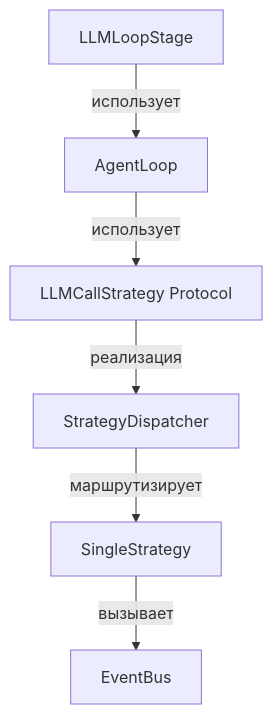
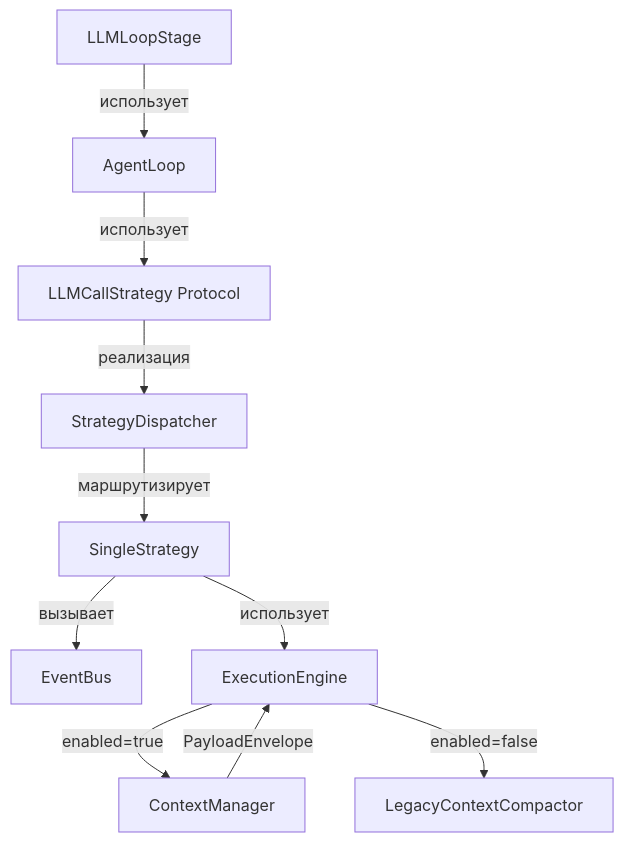
The second of 5 diagrams in README.md (pese-git/codelab-agent), drawn with Mermaid before and after one commit. The commit also changed 2 other files, not shown here.

Commit message:
docs(architecture): обновить Mermaid-диаграммы с Context Manager
- FULL_ARCHITECTURE.md: добавлен Context Manager в обзор системы и Agent Layer
- ARCHITECTURE.md: добавлен Context Manager в внутреннюю структуру сервера
- ARCHITECTURE.md: обновлена диаграмма обработки session/prompt с alt-ветками для Context Manager
- README.md: расширена диаграмма AgentLoop с связью ExecutionEngine → ContextManager

````diff
--- a/README.md
+++ b/README.md
@@ -493,8 +493,12 @@
 ```mermaid
 graph TD
     A[LLMLoopStage] -->|использует| B[AgentLoop]
     B -->|использует| C[LLMCallStrategy Protocol]
     C -->|реализация| D[StrategyDispatcher]
     D -->|маршрутизирует| E[SingleStrategy]
     E -->|вызывает| F[EventBus]
+    E -->|использует| G[ExecutionEngine]
+    G -->|"enabled=true"| H[ContextManager]
+    G -->|"enabled=false"| I[LegacyContextCompactor]
+    H -->|PayloadEnvelope| G
 ```
````
